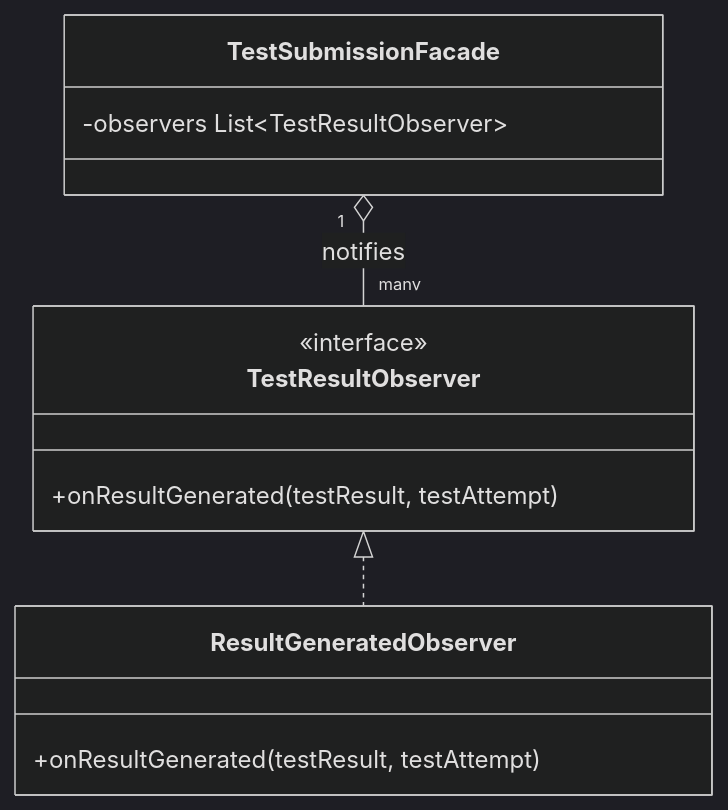
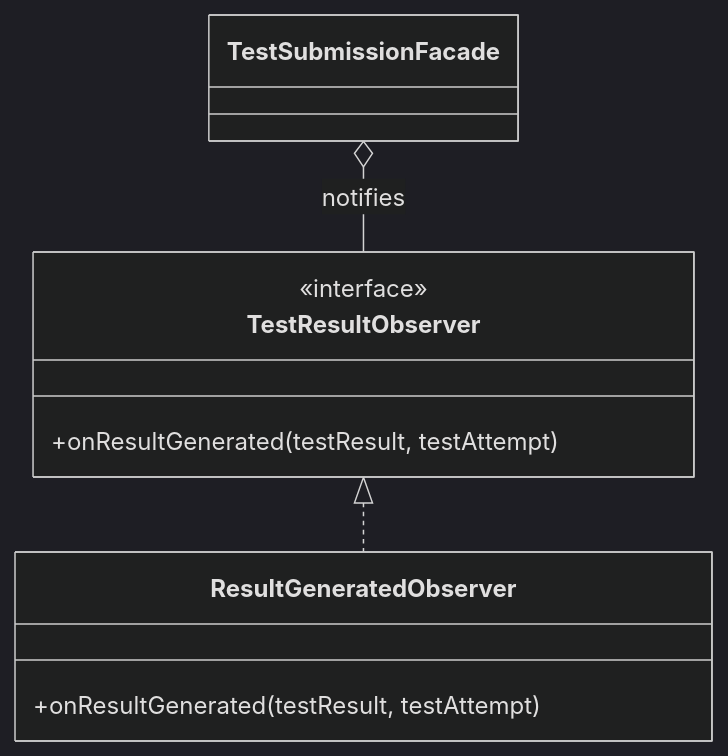
Before and after one commit to shook-04/IELTS-BETA: the fourth of 5 diagrams in backend/src/main/java/com/ieltsbeta/backend/pattern/DESIGN_PATTERNS.md, drawn with Mermaid (dark theme). The commit also changed other lines of this file and 1 other file, not shown here.

````diff
--- a/backend/src/main/java/com/ieltsbeta/backend/pattern/DESIGN_PATTERNS.md
+++ b/backend/src/main/java/com/ieltsbeta/backend/pattern/DESIGN_PATTERNS.md
@@ -119,15 +102,13 @@
 ```mermaid
 classDiagram
     class TestResultObserver {
         <<interface>>
         +onResultGenerated(testResult, testAttempt)
     }
     class ResultGeneratedObserver {
         +onResultGenerated(testResult, testAttempt)
     }
-    class TestSubmissionFacade {
-        -observers List~TestResultObserver~
-    }
+    class TestSubmissionFacade
     TestResultObserver <|.. ResultGeneratedObserver
-    TestSubmissionFacade "1" o-- "many" TestResultObserver : notifies
+    TestSubmissionFacade o-- TestResultObserver : notifies
 ```
````
